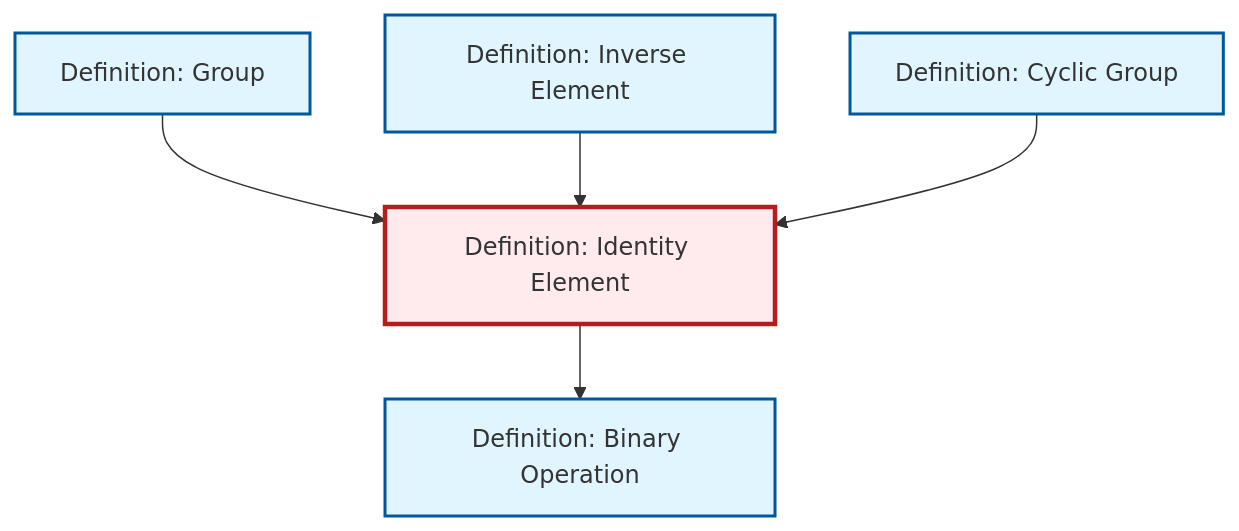
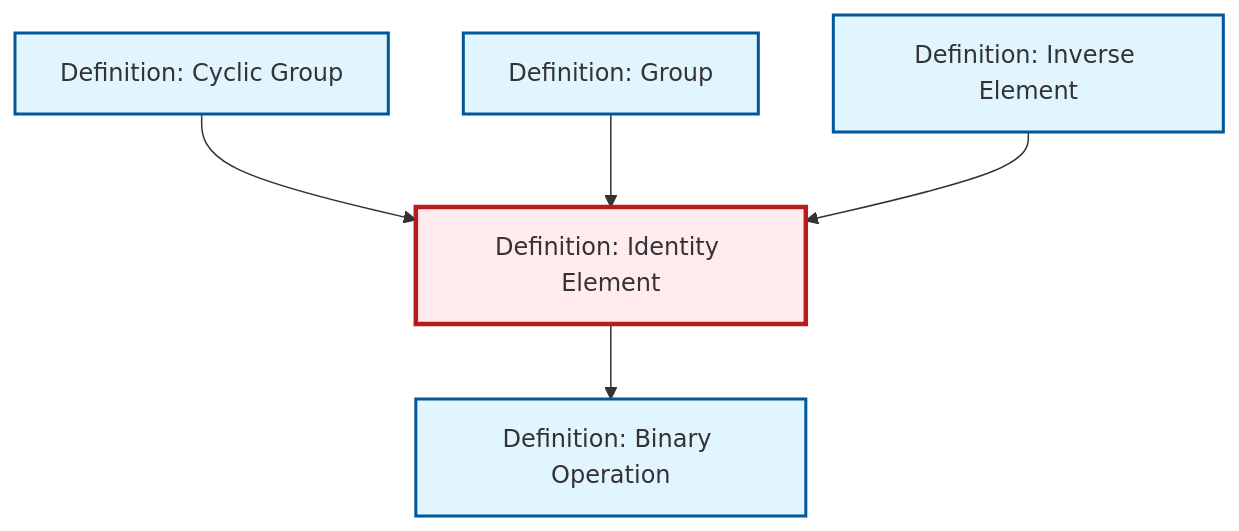
Before and after one commit to RK0429/ModernMath: the diagram in content/ja/algebra/def-identity-element.qmd, drawn with Mermaid. The commit also changed other lines of this file and 434 other files, not shown here.

````diff
--- a/content/ja/algebra/def-identity-element.qmd
+++ b/content/ja/algebra/def-identity-element.qmd
@@ -81,23 +81,23 @@
 ```{mermaid}
 %%| fig-cap: "Local dependency graph"
 graph TD
     classDef definition fill:#e1f5fe,stroke:#01579b,stroke-width:2px
     classDef theorem fill:#f3e5f5,stroke:#4a148c,stroke-width:2px
     classDef axiom fill:#fff3e0,stroke:#e65100,stroke-width:2px
     classDef example fill:#e8f5e9,stroke:#1b5e20,stroke-width:2px
     classDef current fill:#ffebee,stroke:#b71c1c,stroke-width:3px
+    def-inverse-element["Definition: Inverse Element"]:::definition
+    def-group["Definition: Group"]:::definition
+    def-binary-operation["Definition: Binary Operation"]:::definition
     def-identity-element["Definition: Identity Element"]:::definition
     def-cyclic-group["Definition: Cyclic Group"]:::definition
-    def-inverse-element["Definition: Inverse Element"]:::definition
-    def-binary-operation["Definition: Binary Operation"]:::definition
-    def-group["Definition: Group"]:::definition
     def-identity-element --> def-binary-operation
+    def-cyclic-group --> def-identity-element
     def-group --> def-identity-element
     def-inverse-element --> def-identity-element
-    def-cyclic-group --> def-identity-element
     class def-identity-element current
+    click def-inverse-element "def-inverse-element.html" "Definition: Inverse Elementへ"
+    click def-group "def-group.html" "Definition: Groupへ"
+    click def-binary-operation "def-binary-operation.html" "Definition: Binary Operationへ"
     click def-cyclic-group "def-cyclic-group.html" "Definition: Cyclic Groupへ"
-    click def-inverse-element "def-inverse-element.html" "Definition: Inverse Elementへ"
-    click def-binary-operation "def-binary-operation.html" "Definition: Binary Operationへ"
-    click def-group "def-group.html" "Definition: Groupへ"
 ```
````
